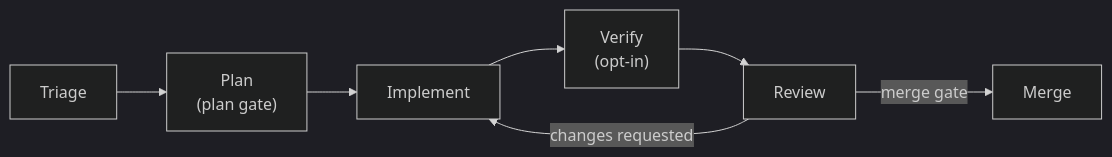
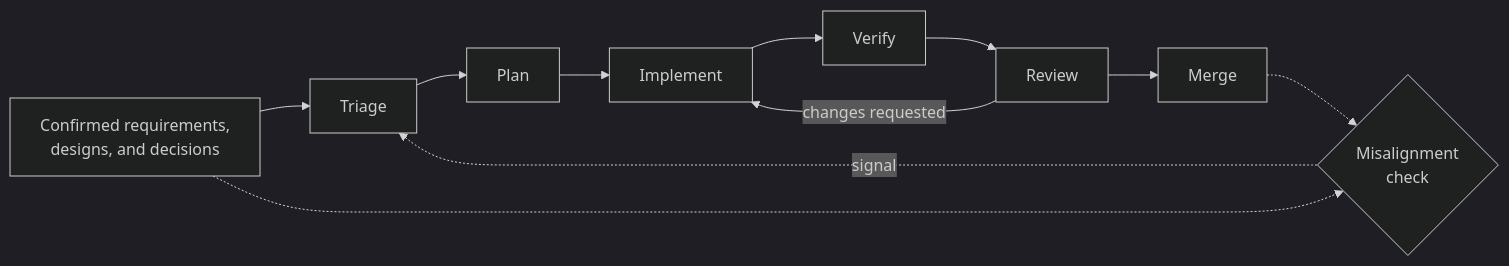
Before and after one commit to kidus-tiliksew/conveyor: the diagram in README.md, drawn with Mermaid (dark theme). The commit also changed other lines of this file and 1 other file, not shown here.

````diff
--- a/README.md
+++ b/README.md
@@ -56,9 +53,14 @@
 ```mermaid
 flowchart LR
-    triage["Triage"] --> plan["Plan<br/>(plan gate)"]
+    intent["Confirmed requirements,<br/>designs, and decisions"] --> triage["Triage"]
+    triage --> plan["Plan"]
     plan --> implement["Implement"]
-    implement --> verify["Verify<br/>(opt-in)"]
+    implement --> verify["Verify"]
     verify --> review["Review"]
-    review -->|merge gate| merge["Merge"]
     review -->|changes requested| implement
+    review --> merge["Merge"]
+
+    merge -.-> check{"Misalignment<br/>check"}
+    intent -.-> check
+    check -.->|signal| triage
 ```
````
